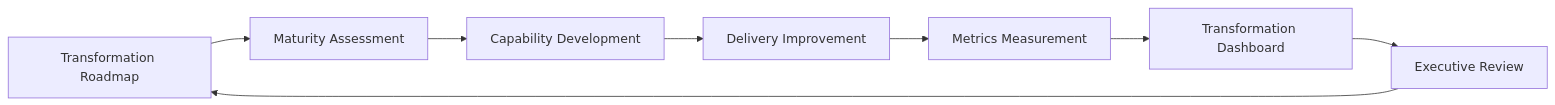
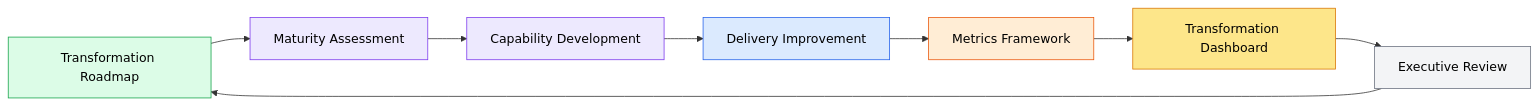
Before and after one commit to awsvkvims/agile-playbook: the diagram in docs/transformation/TRANSFORMATION_LIFECYCLE.md, drawn with Mermaid.

Commit message:
cleanup the lifecycle diagram

```diff
--- a/docs/transformation/TRANSFORMATION_LIFECYCLE.md
+++ b/docs/transformation/TRANSFORMATION_LIFECYCLE.md
@@ -11,19 +11,34 @@
 <div class="mermaid">
 flowchart LR
 
 A[Transformation Roadmap]
 B[Maturity Assessment]
 C[Capability Development]
 D[Delivery Improvement]
-E[Metrics Measurement]
+E[Metrics Framework]
 F[Transformation Dashboard]
 G[Executive Review]
 
 A --> B
 B --> C
 C --> D
 D --> E
 E --> F
 F --> G
 G --> A
+
+classDef roadmap fill:#dcfce7,stroke:#16a34a,color:#000;
+classDef maturity fill:#ede9fe,stroke:#7c3aed,color:#000;
+classDef delivery fill:#dbeafe,stroke:#2563eb,color:#000;
+classDef metrics fill:#ffedd5,stroke:#ea580c,color:#000;
+classDef dashboard fill:#fde68a,stroke:#d97706,color:#000;
+classDef exec fill:#f3f4f6,stroke:#6b7280,color:#000;
+
+class A roadmap
+class B maturity
+class C maturity
+class D delivery
+class E metrics
+class F dashboard
+class G exec
 </div>
```
